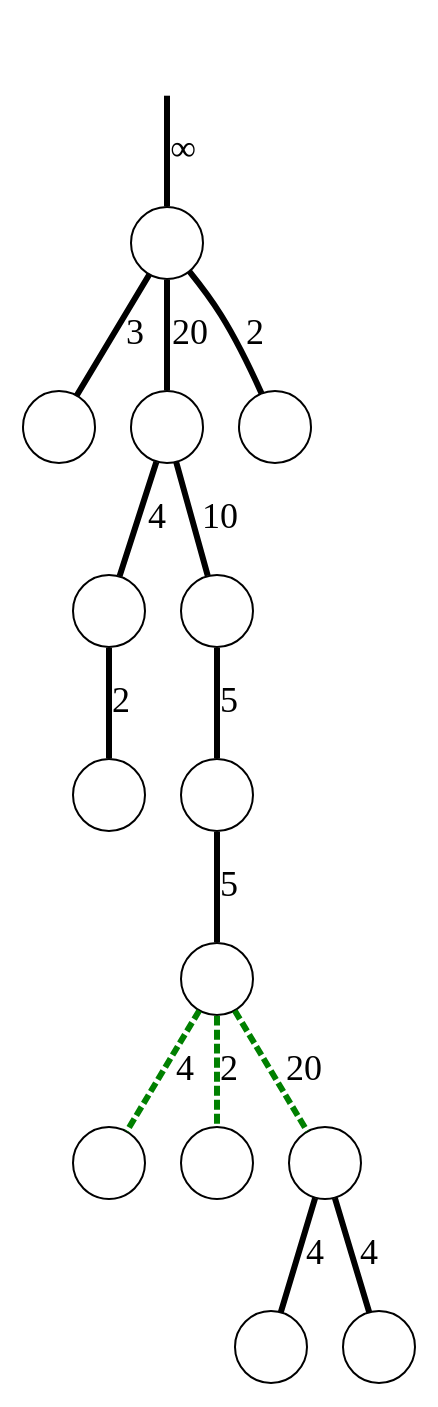
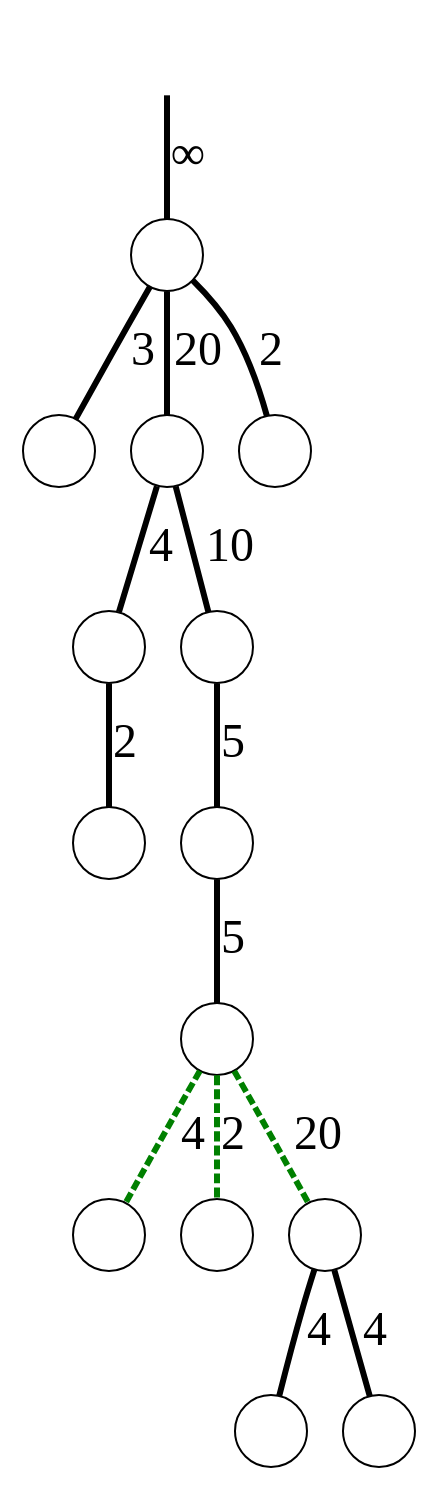
The diagram in graphs/example-b.gv (sgolodetz/waterfallpaper), drawn with Graphviz before and after one commit. The commit also changed 16 other files, not shown here.

Commit message:
Make the red edges in Figure 10 bolder.

```diff
--- a/graphs/example-b.gv
+++ b/graphs/example-b.gv
@@ -1,22 +1,22 @@
 digraph
 {
 	node [shape=circle, label=""];
-	edge [dir=both, arrowtail=none, arrowhead=none, penwidth=3, fontsize=18];
+	edge [dir=both, arrowtail=none, arrowhead=none, penwidth=3, fontsize=24];
 
 	r -> n00 [label="&infin;"];
 	n00 -> n10 [label=3];
 	n00 -> n11 [label=20];
 	n00 -> n12 [label=2];
 	n11 -> n20 [label=4];
 	n11 -> n21 [label=10];
 	n20 -> n30 [label=2];
 	n21 -> n31 [label=5];
 	n31 -> n40 [label=5];
 	n40 -> n50 [label=4, color=green, style=dashed];
 	n40 -> n51 [label=2, color=green, style=dashed];
 	n40 -> n52 [label=20, color=green, style=dashed];
 	n52 -> n60 [label=4];
 	n52 -> n61 [label=4];
 
 	r [style=invisible];
 }
```
